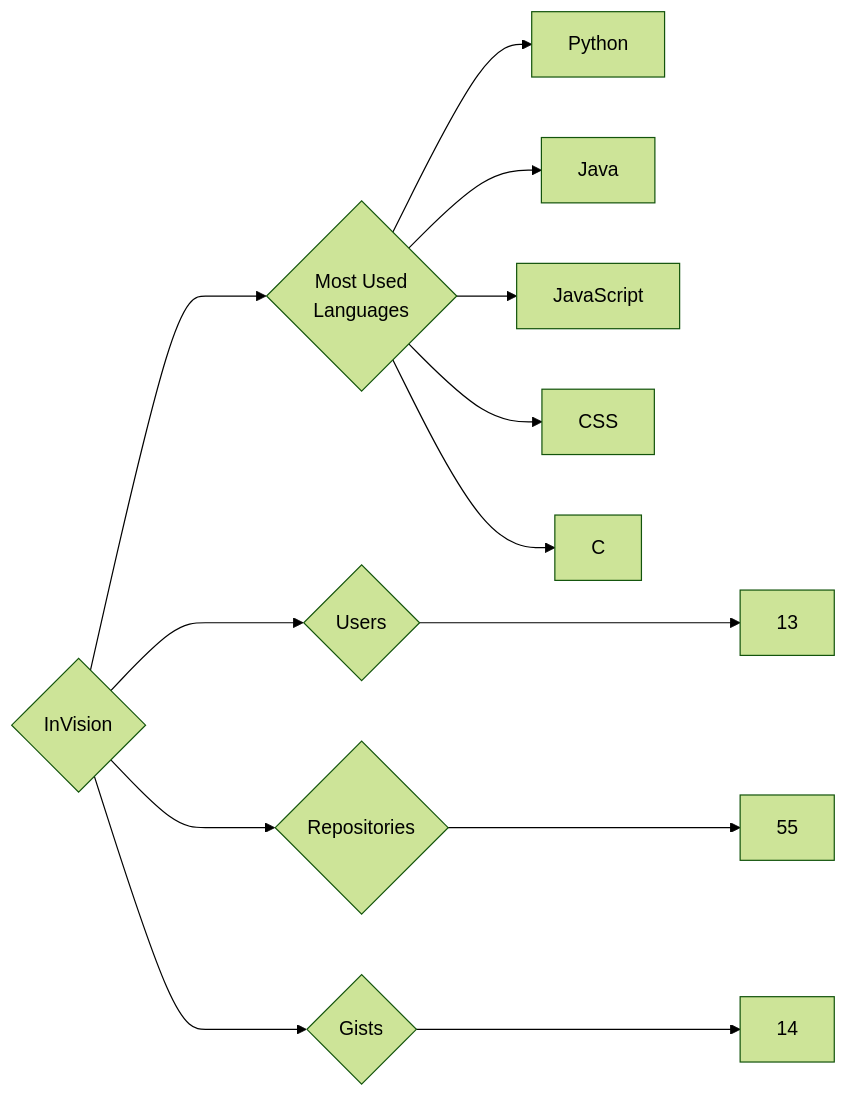
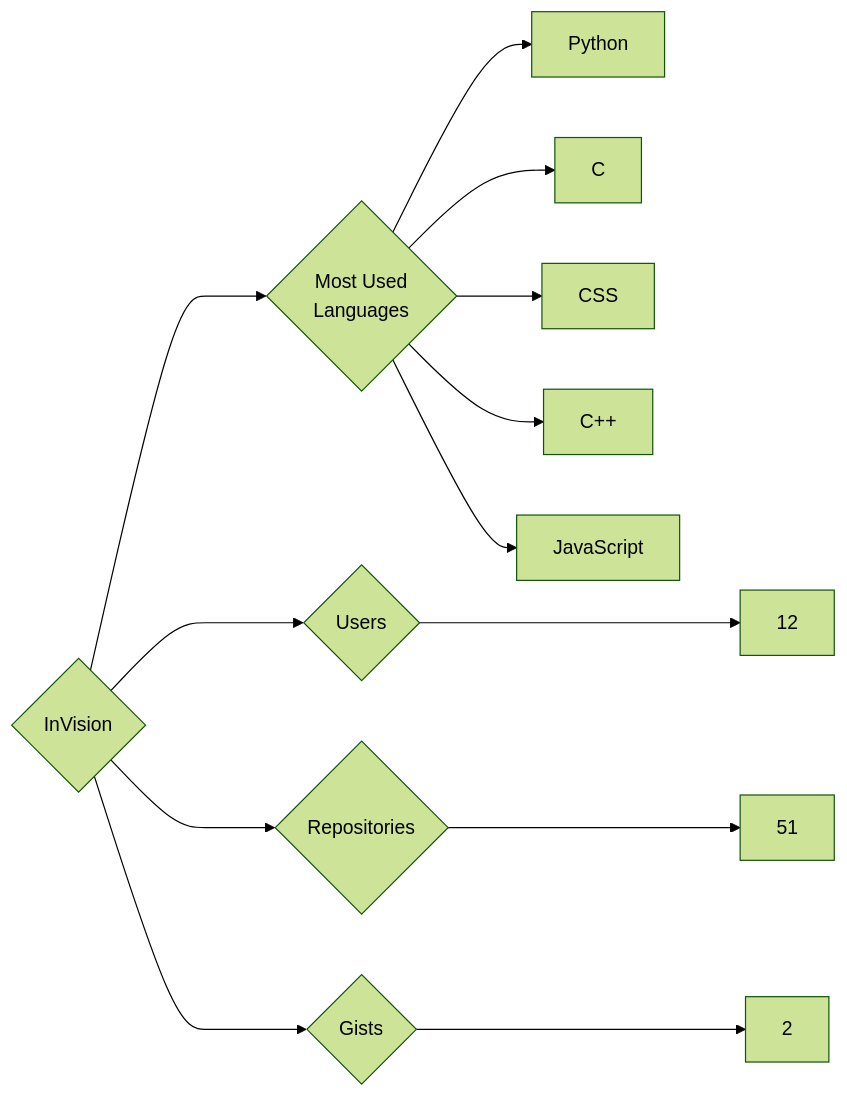
One commit to trickest/insiders changed the diagram in targets/InVision/README.md. Above: the diagram before and after it, drawn with Mermaid (forest theme). The commit also changed 857 other files, not shown here.

````diff
--- a/targets/InVision/README.md
+++ b/targets/InVision/README.md
@@ -3,13 +3,13 @@
 ```mermaid
 graph LR
 COMPANY_NAME{InVision}
-COMPANY_NAME ---> U{Users} ---> UN[13]
-COMPANY_NAME ---> R{Repositories} ---> RN[55]
-COMPANY_NAME ---> G{Gists} ---> GN[14]
+COMPANY_NAME ---> U{Users} ---> UN[12]
+COMPANY_NAME ---> R{Repositories} ---> RN[51]
+COMPANY_NAME ---> G{Gists} ---> GN[2]
 COMPANY_NAME ---> ML{Most Used<br>Languages}
 ML --> Python[Python]
-ML --> Java[Java]
+ML --> C[C]
+ML --> CSS[CSS]
+ML --> C++[C++]
 ML --> JavaScript[JavaScript]
-ML --> CSS[CSS]
-ML --> C[C]
 ```
````
